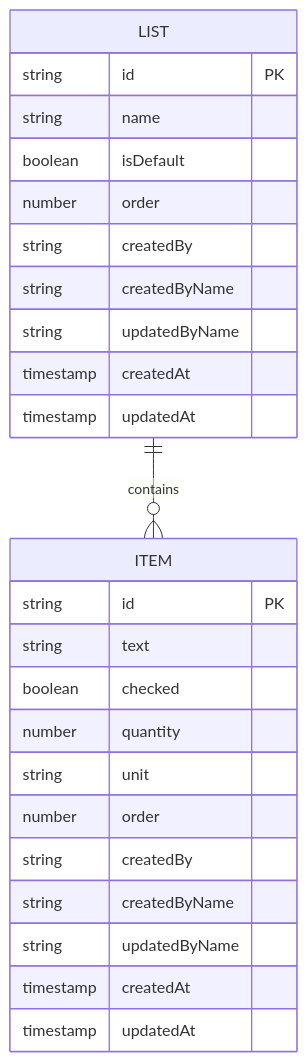
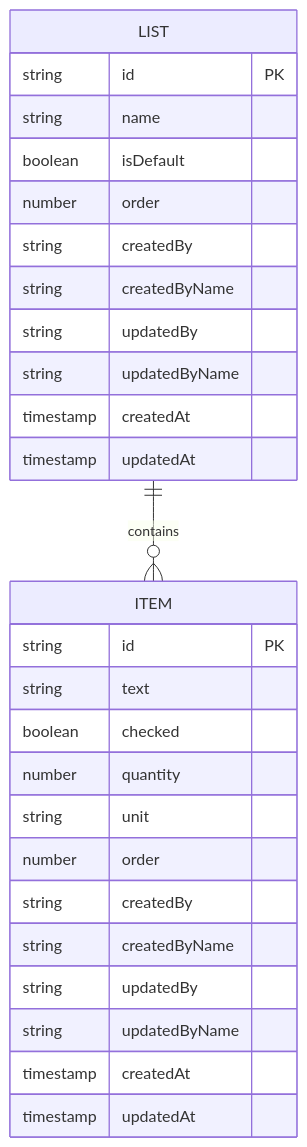
The third of 3 diagrams in README.md (nsudhanva/shopping), drawn with Mermaid before and after one commit. The commit also changed other lines of this file and 14 other files, not shown here.

````diff
--- a/README.md
+++ b/README.md
@@ -79,30 +82,32 @@
 ```mermaid
 erDiagram
     LIST {
         string id PK
         string name
         boolean isDefault
         number order
         string createdBy
         string createdByName
+        string updatedBy
         string updatedByName
         timestamp createdAt
         timestamp updatedAt
     }
 
     ITEM {
         string id PK
         string text
         boolean checked
         number quantity
         string unit
         number order
         string createdBy
         string createdByName
+        string updatedBy
         string updatedByName
         timestamp createdAt
         timestamp updatedAt
     }
 
     LIST ||--o{ ITEM : "contains"
 ```
````
